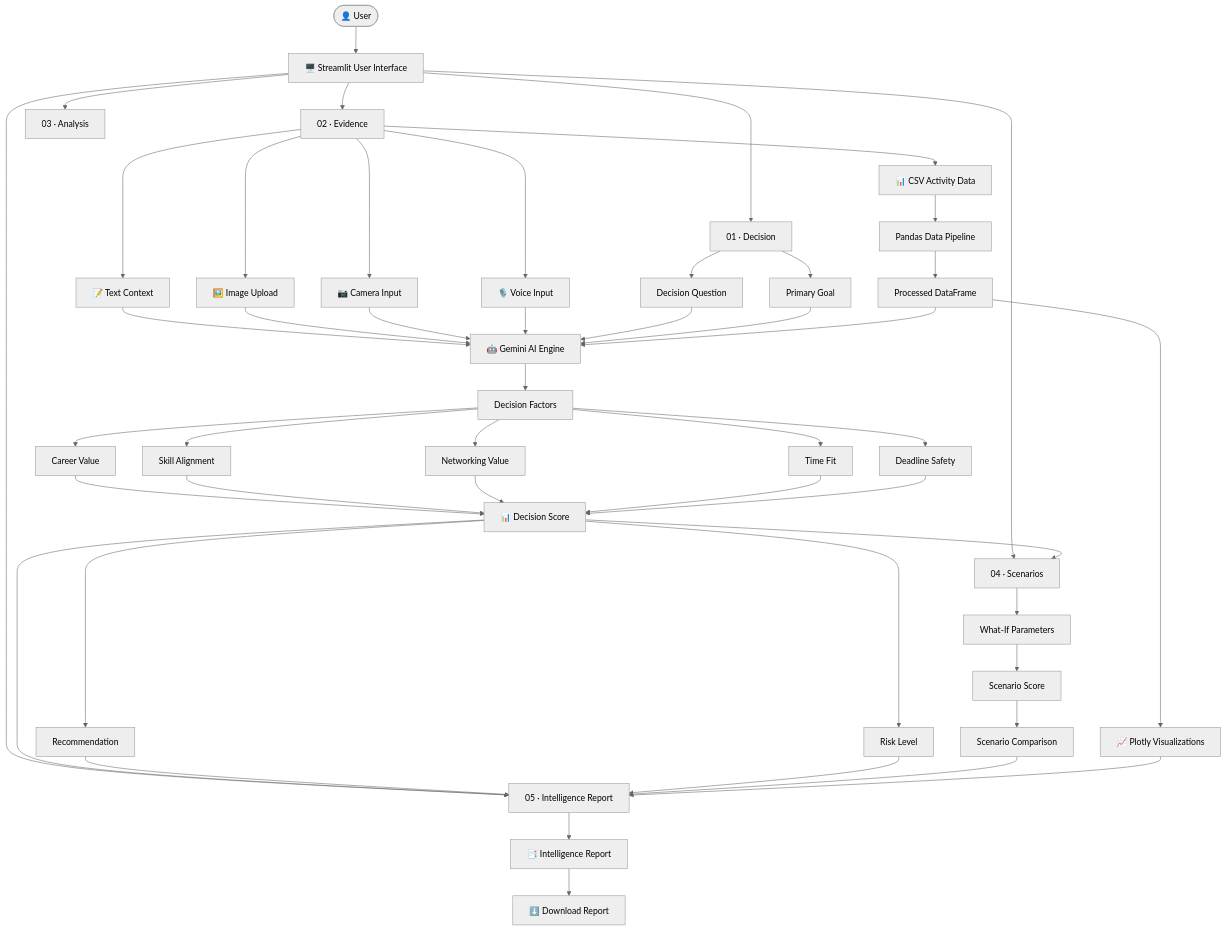
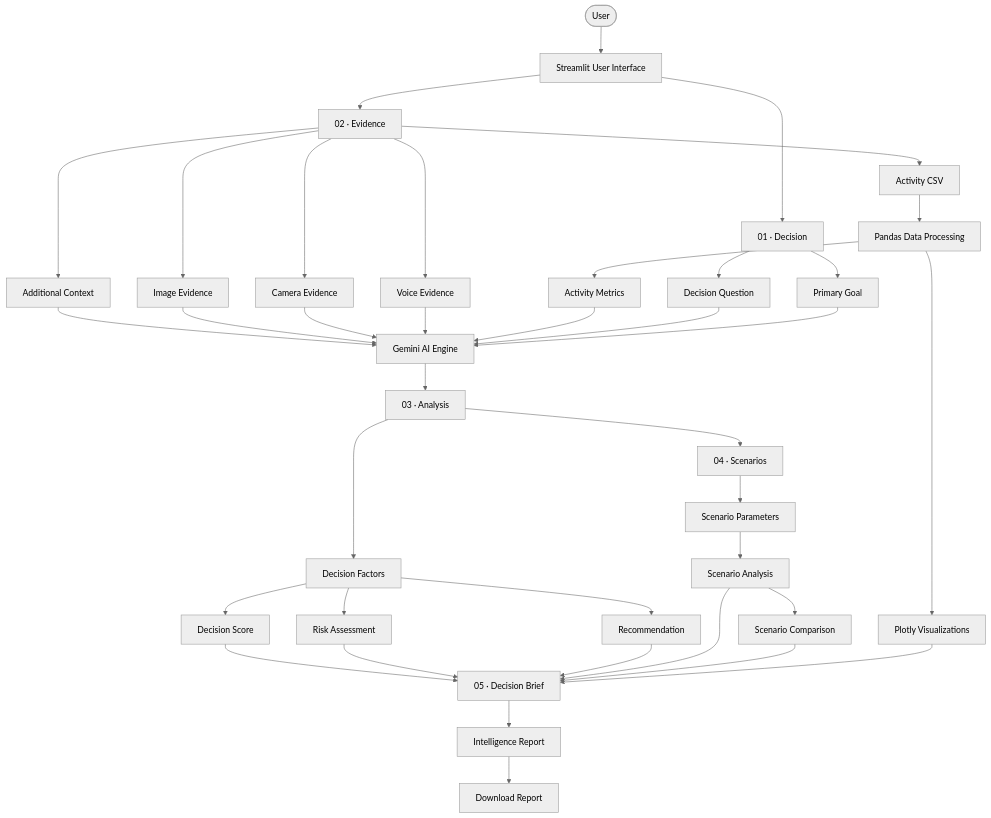
The first of 2 diagrams in docs/architecture.md (Gawandeepkaur20/DECISCOPE), drawn with Mermaid (neutral theme) before and after one commit. The commit also changed other lines of this file, not shown here.

Commit message:
Add complete system architecture and technical design

````diff
--- a/docs/architecture.md
+++ b/docs/architecture.md
@@ -15,72 +11,54 @@
 ```mermaid
 flowchart TD
 
-    U([👤 User])
+    U([User])
 
-    U --> UI[🖥️ Streamlit User Interface]
+    U --> UI[Streamlit User Interface]
 
     UI --> D[01 · Decision]
     UI --> E[02 · Evidence]
-    UI --> A[03 · Analysis]
-    UI --> S[04 · Scenarios]
-    UI --> R[05 · Intelligence Report]
 
-    %% Decision
     D --> DC[Decision Question]
-    D --> DG[Primary Goal]
+    D --> GOAL[Primary Goal]
 
-    %% Evidence
-    E --> T[📝 Text Context]
-    E --> CSV[📊 CSV Activity Data]
-    E --> IMG[🖼️ Image Upload]
-    E --> CAM[📷 Camera Input]
-    E --> AUD[🎙️ Voice Input]
+    E --> TXT[Additional Context]
+    E --> CSV[Activity CSV]
+    E --> IMG[Image Evidence]
+    E --> CAM[Camera Evidence]
+    E --> VOICE[Voice Evidence]
 
-    %% Data Processing
-    CSV --> P[Pandas Data Pipeline]
-    P --> DF[Processed DataFrame]
-    DF --> V[📈 Plotly Visualizations]
+    CSV --> PD[Pandas Data Processing]
+    PD --> MET[Activity Metrics]
+    PD --> CHART[Plotly Visualizations]
 
-    %% Multimodal AI
-    T --> G[🤖 Gemini AI Engine]
-    IMG --> G
-    CAM --> G
-    AUD --> G
-    DC --> G
-    DG --> G
-    DF --> G
+    TXT --> AI[Gemini AI Engine]
+    IMG --> AI
+    CAM --> AI
+    VOICE --> AI
+    MET --> AI
+    DC --> AI
+    GOAL --> AI
 
-    %% Analysis
-    G --> F[Decision Factors]
+    AI --> ANA[03 · Analysis]
 
-    F --> CV[Career Value]
-    F --> SA[Skill Alignment]
-    F --> NV[Networking Value]
-    F --> TF[Time Fit]
-    F --> DS[Deadline Safety]
+    ANA --> FACTORS[Decision Factors]
+    FACTORS --> SCORE[Decision Score]
+    FACTORS --> RISK[Risk Assessment]
+    FACTORS --> REC[Recommendation]
 
-    CV --> SCORE[📊 Decision Score]
-    SA --> SCORE
-    NV --> SCORE
-    TF --> SCORE
-    DS --> SCORE
+    ANA --> S[04 · Scenarios]
 
-    SCORE --> REC[Recommendation]
-    SCORE --> RISK[Risk Level]
+    S --> PARAM[Scenario Parameters]
+    PARAM --> SC[Scenario Analysis]
+    SC --> COMP[Scenario Comparison]
 
-    %% Scenarios
-    SCORE --> S
-    S --> WHATIF[What-If Parameters]
-    WHATIF --> SS[Scenario Score]
-    SS --> COMP[Scenario Comparison]
+    SCORE --> R[05 · Decision Brief]
+    RISK --> R
+    REC --> R
+    SC --> R
+    COMP --> R
+    CHART --> R
 
-    %% Report
-    SCORE --> R
-    REC --> R
-    RISK --> R
-    COMP --> R
-    V --> R
-
-    R --> REPORT[📑 Intelligence Report]
-    REPORT --> DOWNLOAD[⬇️ Download Report]
+    R --> REPORT[Intelligence Report]
+    REPORT --> DOWNLOAD[Download Report]
 ```
````
